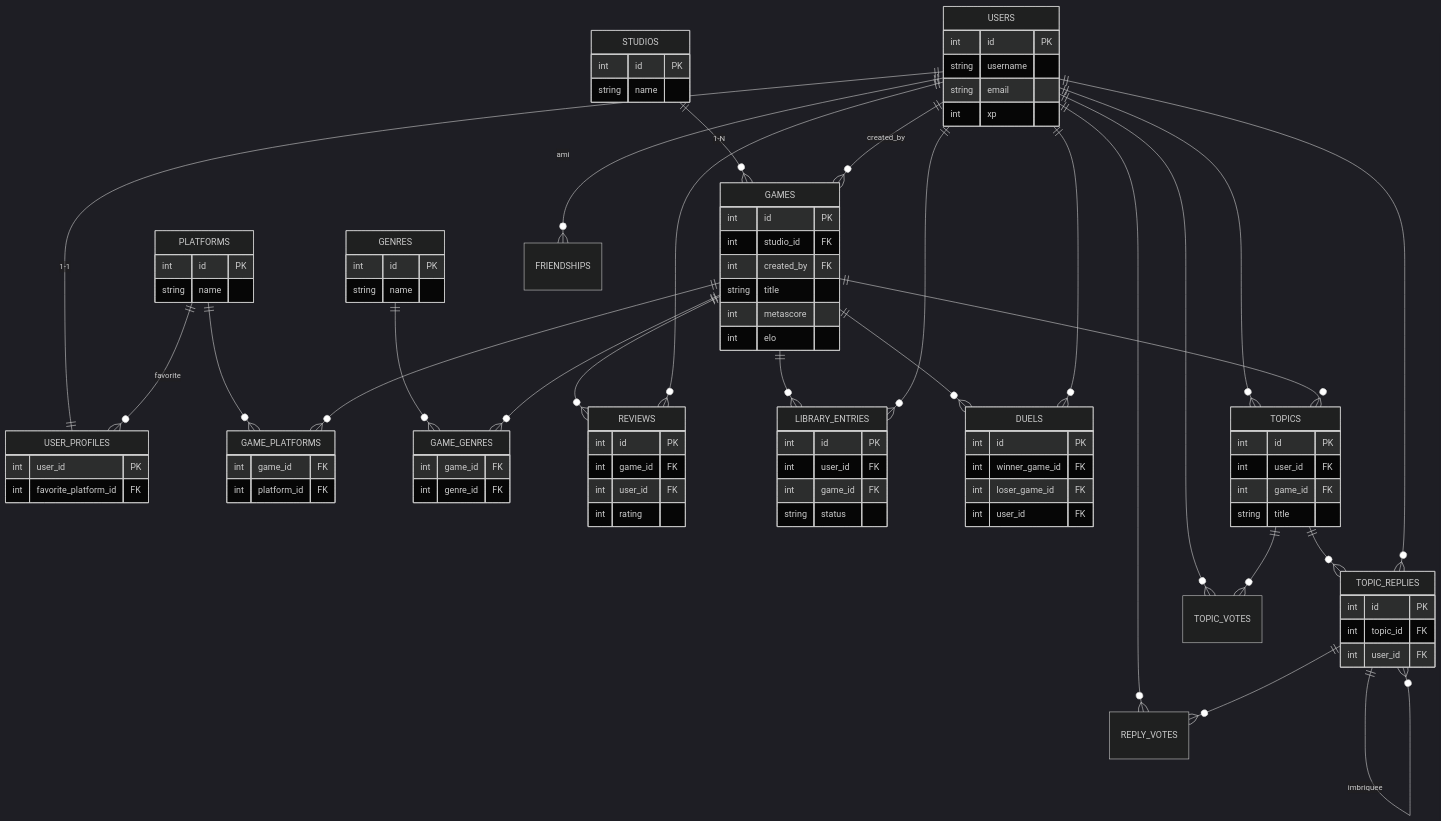
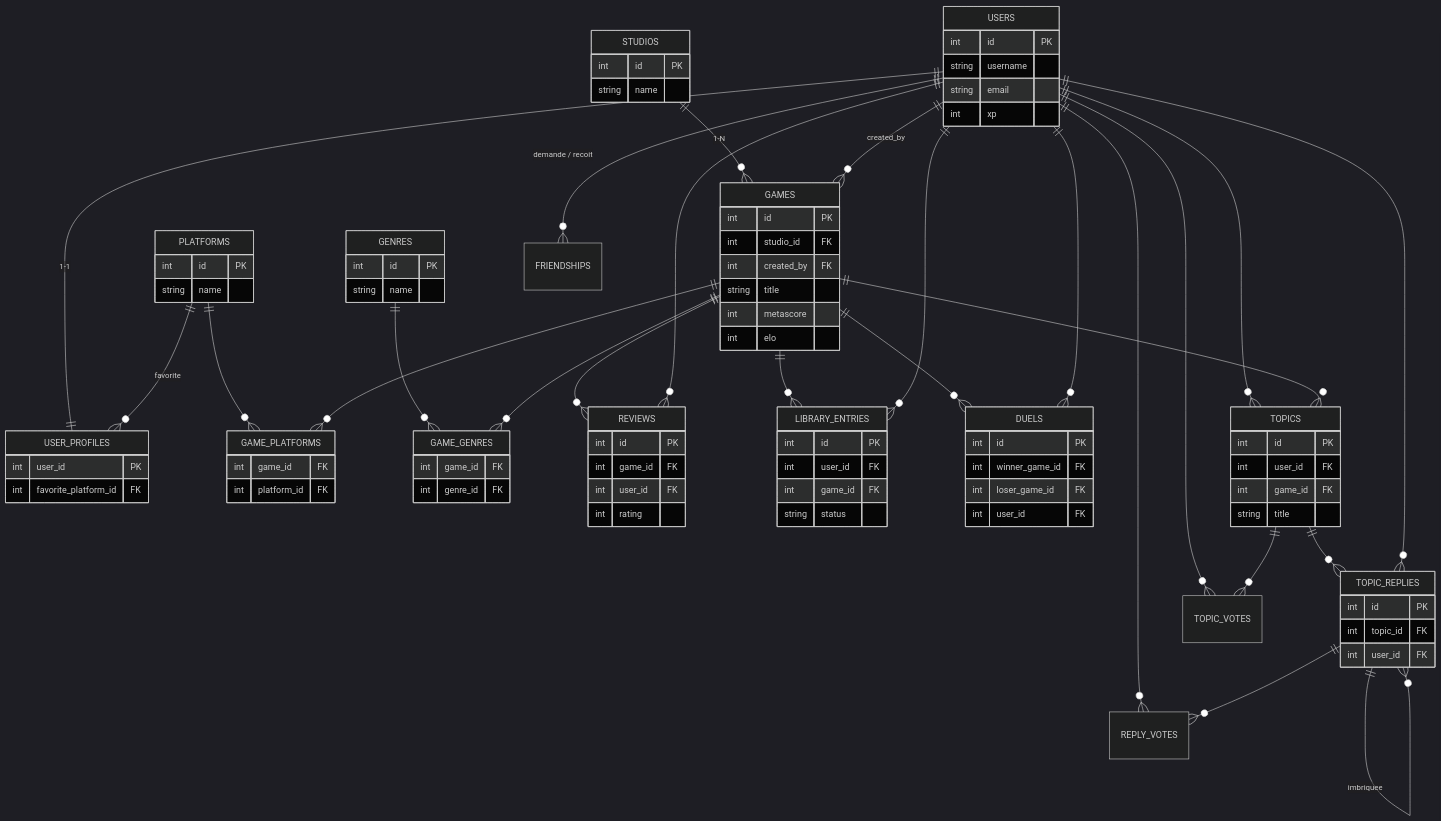
The diagram in README.md (neorxprod/ludorivya), drawn with Mermaid (dark theme) before and after one commit. The commit also changed other lines of this file and 10 other files, not shown here.

```diff
--- a/README.md
+++ b/README.md
@@ -212,7 +211,7 @@
     TOPICS    ||--o{ TOPIC_VOTES     : ""
     USERS     ||--o{ REPLY_VOTES     : ""
     TOPIC_REPLIES ||--o{ REPLY_VOTES : ""
-    USERS     ||--o{ FRIENDSHIPS     : "ami"
+    USERS     ||--o{ FRIENDSHIPS     : "demande / recoit"
 
     GAMES {
         int id PK
```
